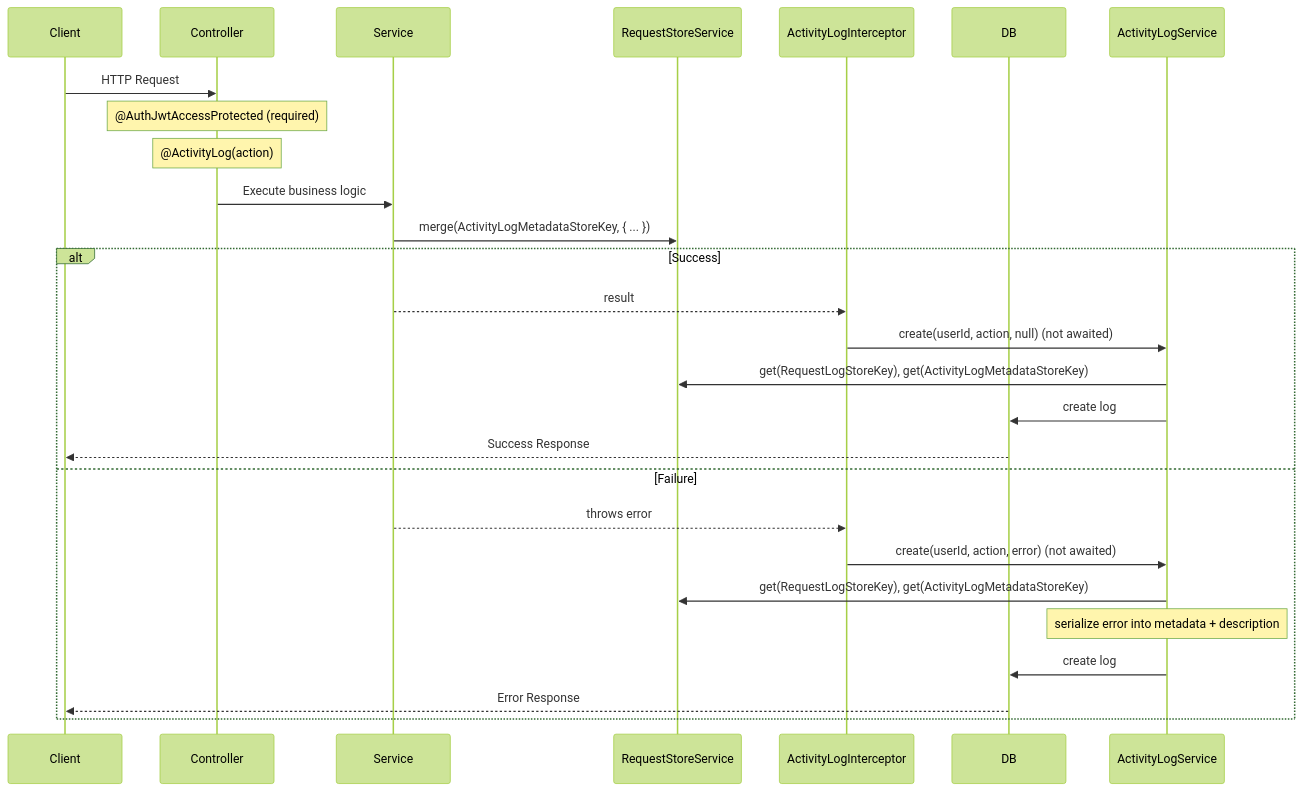
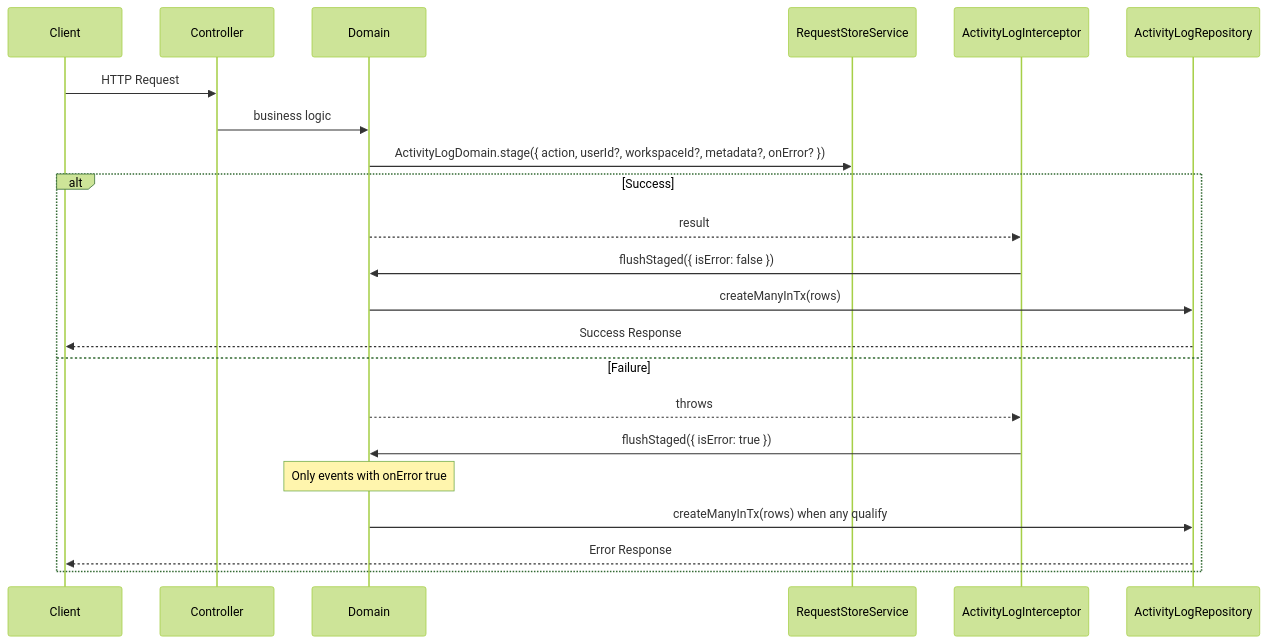
Before and after one commit to andrechristikan/ack-nestjs-boilerplate: the diagram in docs/activity-log.md, drawn with Mermaid (forest theme). The commit also changed other lines of this file and 134 other files, not shown here.

````diff
--- a/docs/activity-log.md
+++ b/docs/activity-log.md
@@ -71,29 +62,25 @@
 ```mermaid
 sequenceDiagram
     participant Client
     participant Controller
-    participant Service
+    participant Domain
     participant Storage as RequestStoreService
     participant Interceptor as ActivityLogInterceptor
-    participant DB
+    participant Repo as ActivityLogRepository
 
     Client->>Controller: HTTP Request
-    Note over Controller: @AuthJwtAccessProtected (required)
-    Note over Controller: @ActivityLog(action)
-    Controller->>Service: Execute business logic
-    Service->>Storage: merge(ActivityLogMetadataStoreKey, { ... })
+    Controller->>Domain: business logic
+    Domain->>Storage: ActivityLogDomain.stage({ action, userId?, workspaceId?, metadata?, onError? })
     alt Success
-        Service-->>Interceptor: result
-        Interceptor->>ActivityLogService: create(userId, action, null) (not awaited)
-        ActivityLogService->>Storage: get(RequestLogStoreKey), get(ActivityLogMetadataStoreKey)
-        ActivityLogService->>DB: create log
-        DB-->>Client: Success Response
+        Domain-->>Interceptor: result
+        Interceptor->>Domain: flushStaged({ isError: false })
+        Domain->>Repo: createManyInTx(rows)
+        Repo-->>Client: Success Response
     else Failure
-        Service-->>Interceptor: throws error
-        Interceptor->>ActivityLogService: create(userId, action, error) (not awaited)
-        ActivityLogService->>Storage: get(RequestLogStoreKey), get(ActivityLogMetadataStoreKey)
-        Note over ActivityLogService: serialize error into metadata + description
-        ActivityLogService->>DB: create log
-        DB-->>Client: Error Response
+        Domain-->>Interceptor: throws
+        Interceptor->>Domain: flushStaged({ isError: true })
+        Note over Domain: Only events with onError true
+        Domain->>Repo: createManyInTx(rows) when any qualify
+        Repo-->>Client: Error Response
     end
 ```
````
